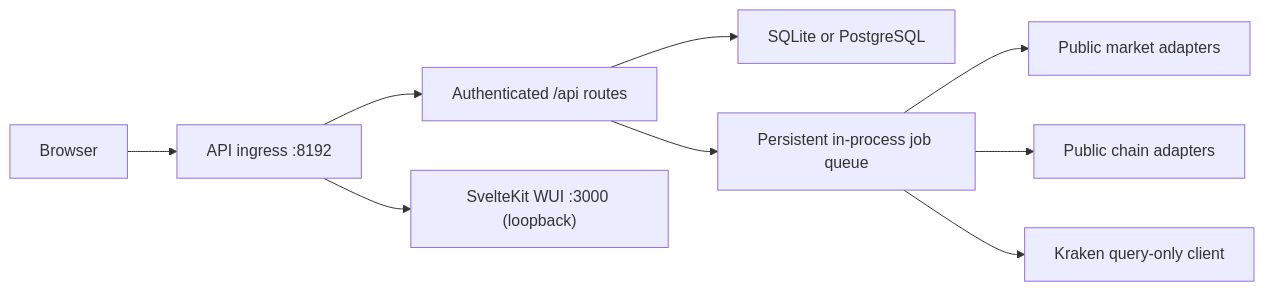
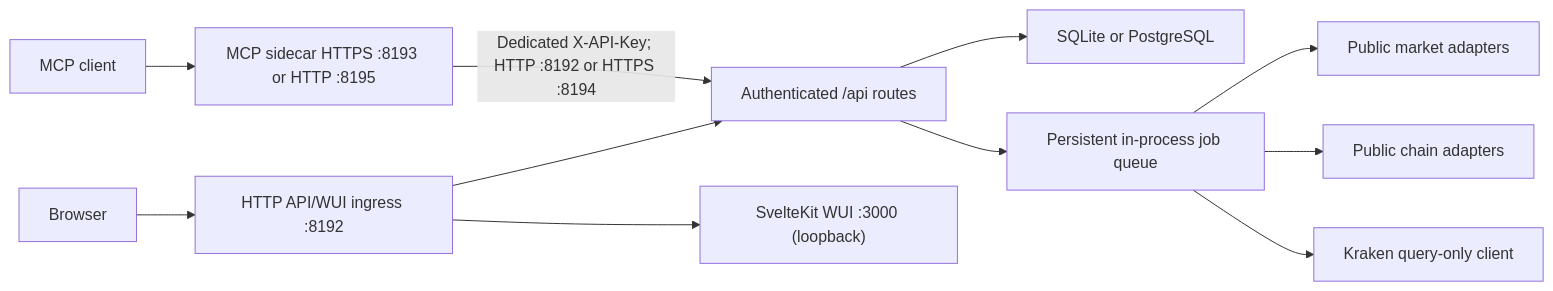
Before and after one commit to Slyke/cryptotracker: the diagram in docs/architecture.md, drawn with Mermaid. The commit also changed other lines of this file and 83 other files, not shown here.

Commit message:
Add portfolio history and standalone MCP sidecar

````diff
--- a/docs/architecture.md
+++ b/docs/architecture.md
@@ -12,11 +15,13 @@
 ```mermaid
 flowchart LR
-  User["Browser"] --> Ingress["API ingress :8192"]
+  User["Browser"] --> Ingress["HTTP API/WUI ingress :8192"]
+  MCP["MCP client"] --> Sidecar["MCP sidecar HTTPS :8193 or HTTP :8195"]
+  Sidecar -->|"Dedicated X-API-Key; HTTP :8192 or HTTPS :8194"| API
   Ingress --> API["Authenticated /api routes"]
   Ingress --> WUI["SvelteKit WUI :3000 (loopback)"]
   API --> DB["SQLite or PostgreSQL"]
   API --> Queue["Persistent in-process job queue"]
   Queue --> Market["Public market adapters"]
   Queue --> Chains["Public chain adapters"]
   Queue --> Kraken["Kraken query-only client"]
 ```
````
